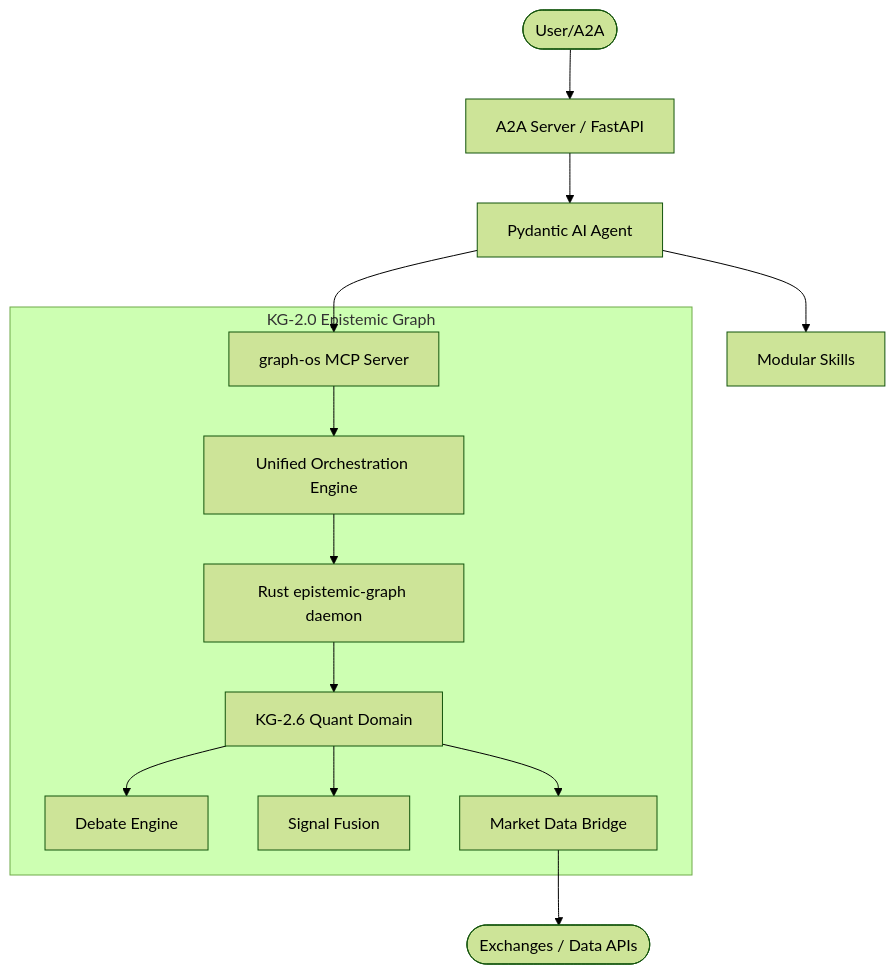
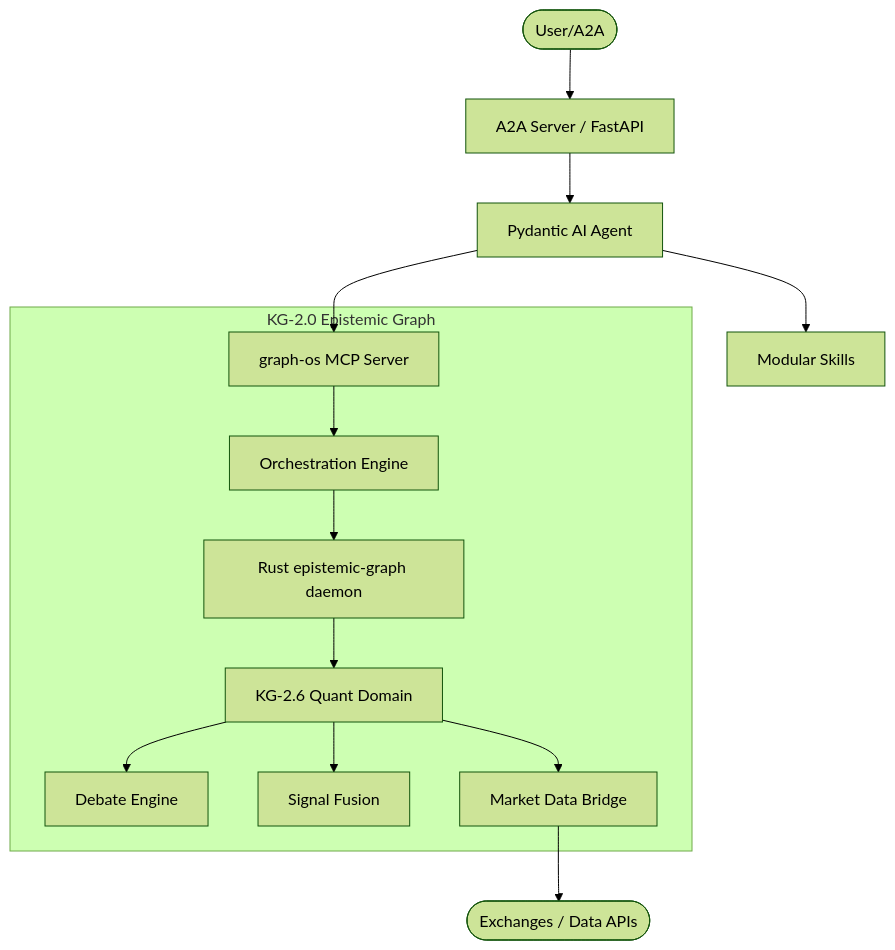
The first of 2 diagrams in AGENTS.md (Knuckles-Team/agent-utilities), drawn with Mermaid (forest theme) before and after one commit. The commit also changed 155 other files, not shown here.

````diff
--- a/AGENTS.md
+++ b/AGENTS.md
@@ -14,18 +14,18 @@
 ```mermaid
 graph TD
     User([User/A2A]) --> Server[A2A Server / FastAPI]
     Server --> Agent[Pydantic AI Agent]
     Agent --> Skills[Modular Skills]
     Agent --> MCP[graph-os MCP Server]
 
     subgraph Knowledge Graph [KG-2.0 Epistemic Graph]
-        MCP --> Core[Unified Orchestration Engine]
+        MCP --> Core[Orchestration Engine]
         Core --> EpistemicGraph[Rust epistemic-graph daemon]
         EpistemicGraph --> Quant[KG-2.6 Quant Domain]
         Quant --> Debate[Debate Engine]
         Quant --> Fusion[Signal Fusion]
         Quant --> Market[Market Data Bridge]
     end
 
     Market --> ExternalAPI([Exchanges / Data APIs])
 ```
````
